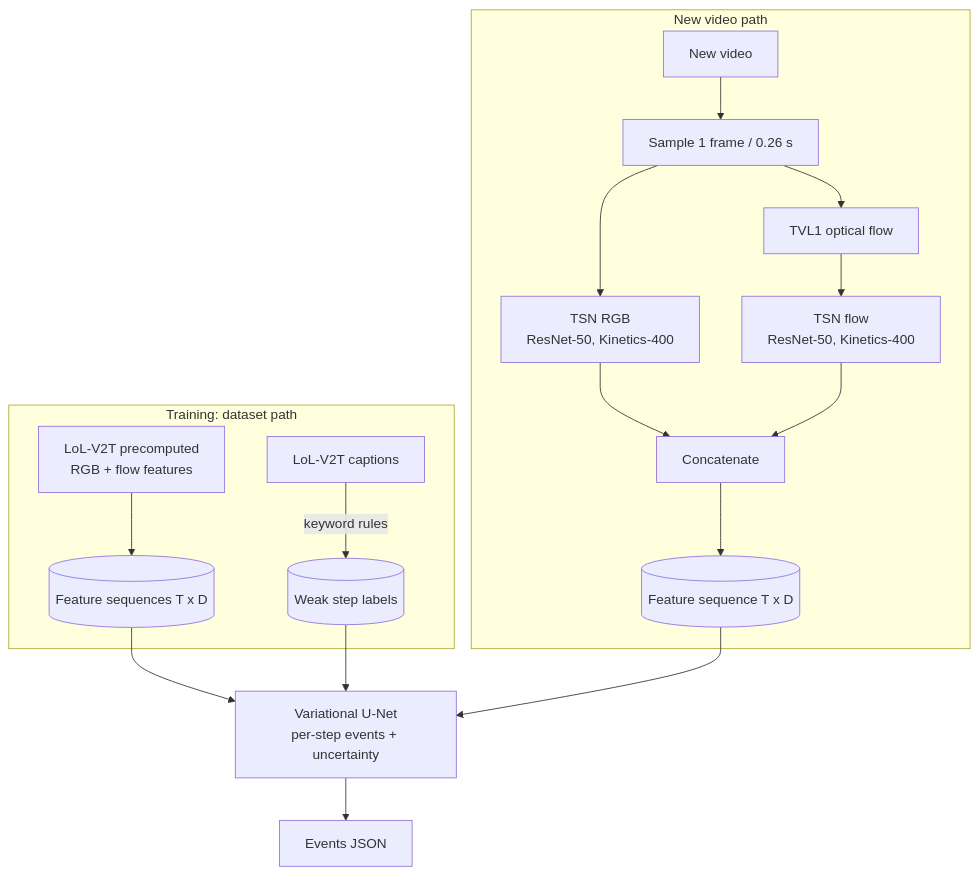
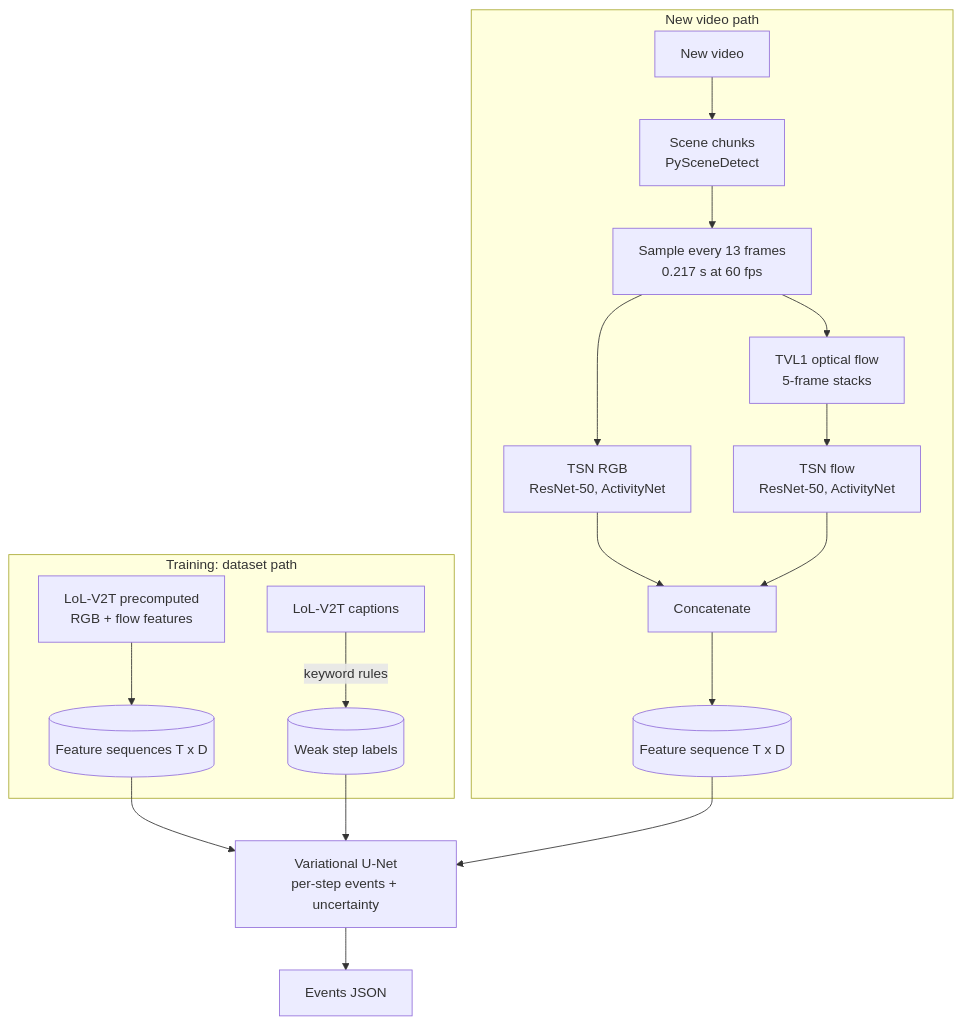
One commit to otoofim/video_event_detection changed the diagram in docs/plan.md. Above: the diagram before and after it, drawn with Mermaid. The commit also changed other lines of this file and 5 other files, not shown here.

First line of the commit message:
Step 5: docs and CI for the U-Net and the video path

````diff
--- a/docs/plan.md
+++ b/docs/plan.md
@@ -25,20 +27,21 @@
 ```mermaid
 flowchart TB
   subgraph TRAIN[Training: dataset path]
     DS[LoL-V2T precomputed<br/>RGB + flow features] --> FT[(Feature sequences T x D)]
     CAP[LoL-V2T captions] -->|keyword rules| LB[(Weak step labels)]
   end
   subgraph NEW[New video path]
-    V[New video] --> S[Sample 1 frame / 0.26 s]
-    S --> RGB[TSN RGB<br/>ResNet-50, Kinetics-400]
-    S --> OF[TVL1 optical flow]
-    OF --> FLOW[TSN flow<br/>ResNet-50, Kinetics-400]
+    V[New video] --> CH[Scene chunks<br/>PySceneDetect]
+    CH --> S[Sample every 13 frames<br/>0.217 s at 60 fps]
+    S --> RGB[TSN RGB<br/>ResNet-50, ActivityNet]
+    S --> OF[TVL1 optical flow<br/>5-frame stacks]
+    OF --> FLOW[TSN flow<br/>ResNet-50, ActivityNet]
     RGB --> CAT[Concatenate]
     FLOW --> CAT
     CAT --> FT2[(Feature sequence T x D)]
   end
   FT --> M[Variational U-Net<br/>per-step events + uncertainty]
   LB --> M
   FT2 --> M
   M --> E[Events JSON]
 ```
````
